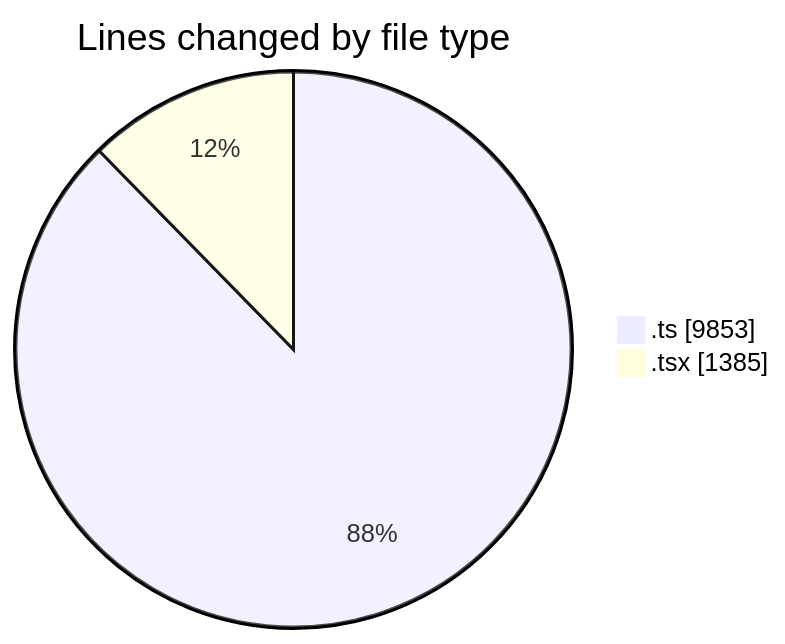
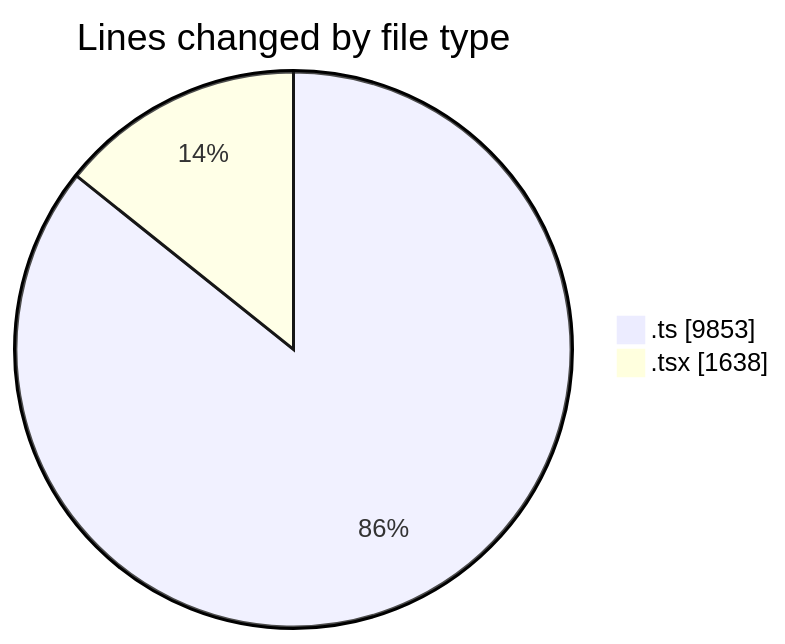
The first of 2 diagrams in 2025-07-14/cda/README.md (momahboobian/code-tracking), drawn with Mermaid before and after one commit. The commit also changed other lines of this file and 1 other file, not shown here.

````diff
--- a/2025-07-14/cda/README.md
+++ b/2025-07-14/cda/README.md
@@ -28,6 +28,6 @@
 ```mermaid
 pie showData
 title Lines changed by file type
 ".ts" : 9853
-".tsx" : 1385
+".tsx" : 1638
 ```
````
